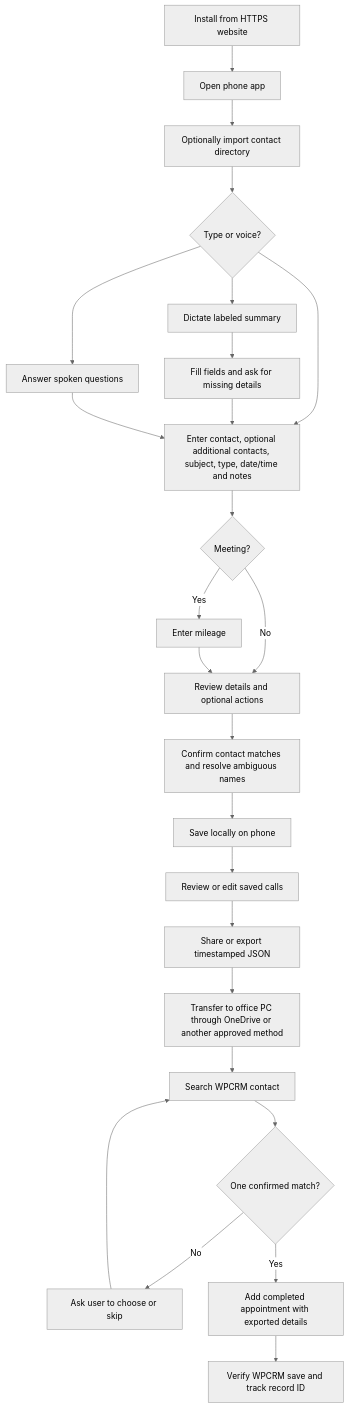
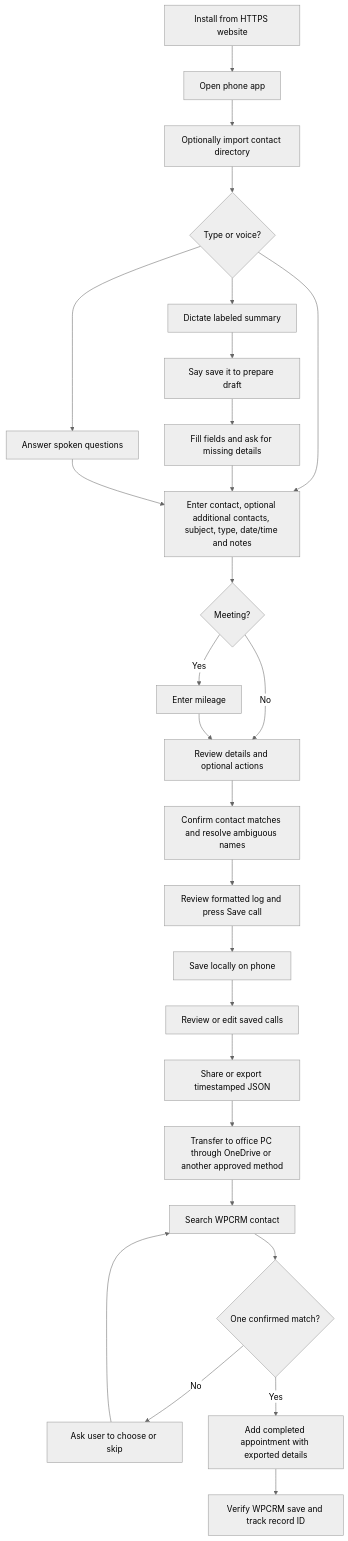
Before and after one commit to thebaumeister-rgb/wpcrm-call-logger: the diagram in FLOWCHART.md, drawn with Mermaid (neutral theme). The commit also changed 9 other files, not shown here.

Commit message:
Show dictation guide and prepare review draft on save-it command

````diff
--- a/FLOWCHART.md
+++ b/FLOWCHART.md
@@ -3,27 +3,29 @@
 ```mermaid
 flowchart TD
     A[Install from HTTPS website] --> B[Open phone app]
     B --> R[Optionally import contact directory]
     R --> C{Type or voice?}
     C --> D[Enter contact, optional additional contacts, subject, type, date/time and notes]
     C --> E[Answer spoken questions]
     C --> S[Dictate labeled summary]
-    S --> T[Fill fields and ask for missing details]
+    S --> V[Say save it to prepare draft]
+    V --> T[Fill fields and ask for missing details]
     T --> D
     E --> D
     D --> F{Meeting?}
     F -- Yes --> G[Enter mileage]
     F -- No --> H[Review details and optional actions]
     G --> H
     H --> U[Confirm contact matches and resolve ambiguous names]
-    U --> I[Save locally on phone]
+    U --> W[Review formatted log and press Save call]
+    W --> I[Save locally on phone]
     I --> J[Review or edit saved calls]
     J --> K[Share or export timestamped JSON]
     K --> L[Transfer to office PC through OneDrive or another approved method]
     L --> M[Search WPCRM contact]
     M --> N{One confirmed match?}
     N -- No --> O[Ask user to choose or skip]
     O --> M
     N -- Yes --> P[Add completed appointment with exported details]
     P --> Q[Verify WPCRM save and track record ID]
 ```
````
